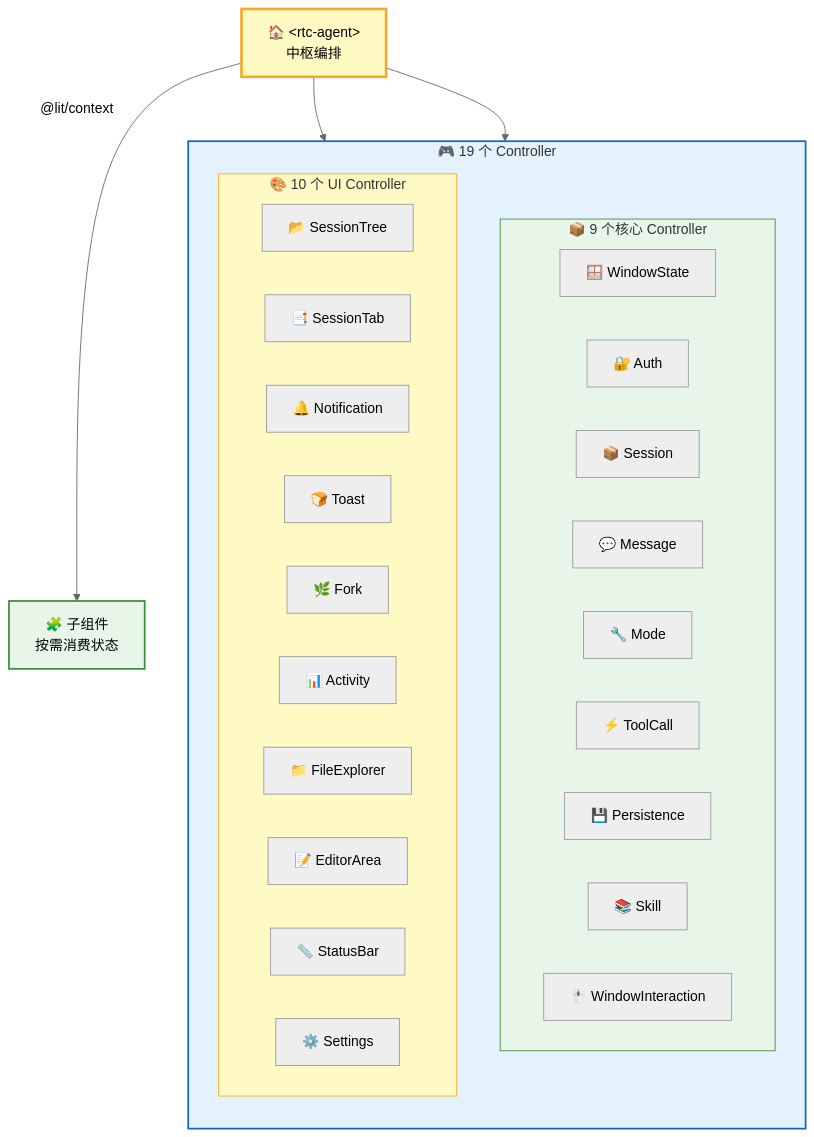
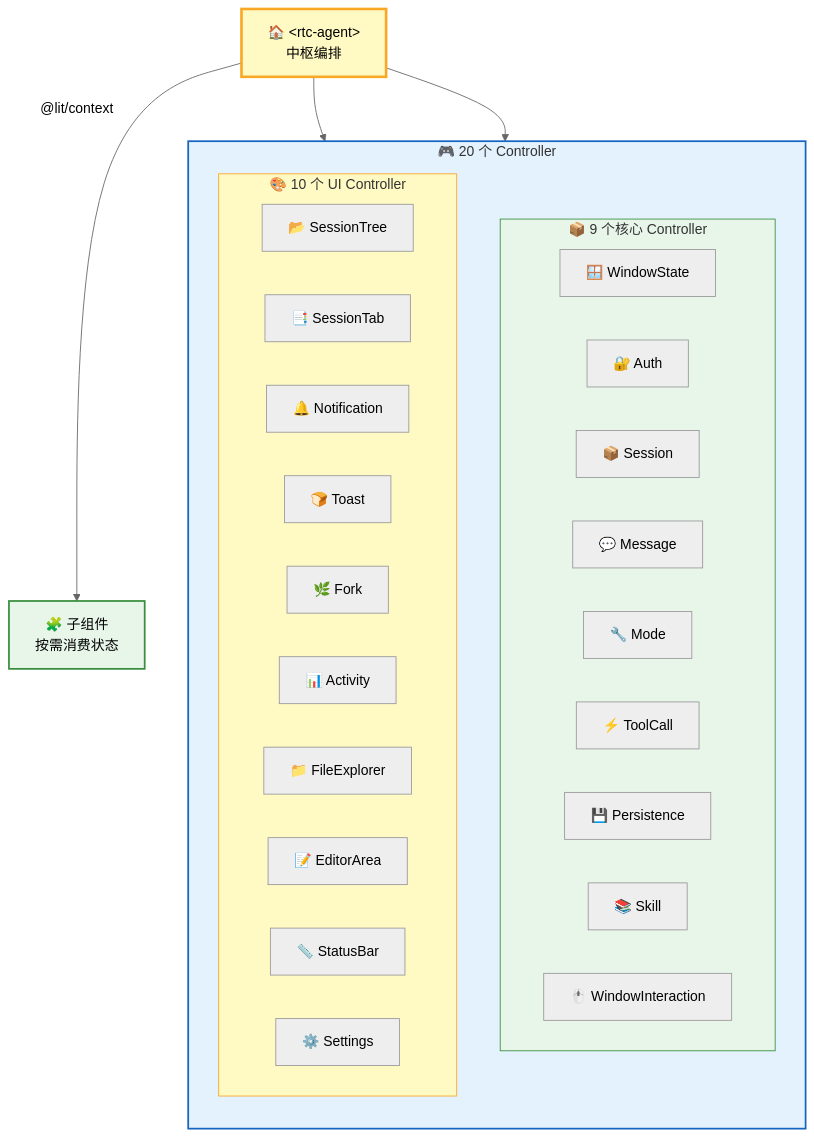
One commit to rtc-agent/docs changed the third of 9 diagrams in src/content/docs/architecture/frontend.md. Above: the diagram before and after it, drawn with Mermaid (neutral theme). The commit also changed other lines of this file and 5 other files, not shown here.

````diff
--- a/src/content/docs/architecture/frontend.md
+++ b/src/content/docs/architecture/frontend.md
@@ -115,40 +115,40 @@
 ```mermaid
 flowchart TD
-    subgraph CONTROLLERS["🎮 19 个 Controller"]
+    subgraph CONTROLLERS["🎮 20 个 Controller"]
         direction TB
         subgraph CORE["📦 9 个核心 Controller"]
             C1["🪟 WindowState"]
             C2["🔐 Auth"]
             C3["📦 Session"]
             C4["💬 Message"]
             C5["🔧 Mode"]
             C6["⚡ ToolCall"]
             C7["💾 Persistence"]
             C8["📚 Skill"]
             C9["🖱️ WindowInteraction"]
         end
         subgraph UI["🎨 10 个 UI Controller"]
             C10["📂 SessionTree"]
             C11["📑 SessionTab"]
             C12["🔔 Notification"]
             C13["🍞 Toast"]
             C14["🌿 Fork"]
             C15["📊 Activity"]
             C16["📁 FileExplorer"]
             C17["📝 EditorArea"]
             C18["📏 StatusBar"]
             C19["⚙️ Settings"]
         end
     end
 
     ROOT["🏠 &lt;rtc-agent&gt;<br/>中枢编排"] --> CORE
     ROOT --> UI
 
     ROOT -->|"@lit/context"| CHILDREN["🧩 子组件<br/>按需消费状态"]
 
     style ROOT fill:#fff9c4,stroke:#f9a825,stroke-width:3px
     style CONTROLLERS fill:#e3f2fd,stroke:#1565c0,stroke-width:2px
     style CORE fill:#e8f5e9,stroke:#388e3c,stroke-width:1px
     style UI fill:#fff9c4,stroke:#f9a825,stroke-width:1px
     style CHILDREN fill:#e8f5e9,stroke:#388e3c,stroke-width:2px
 ```
````
